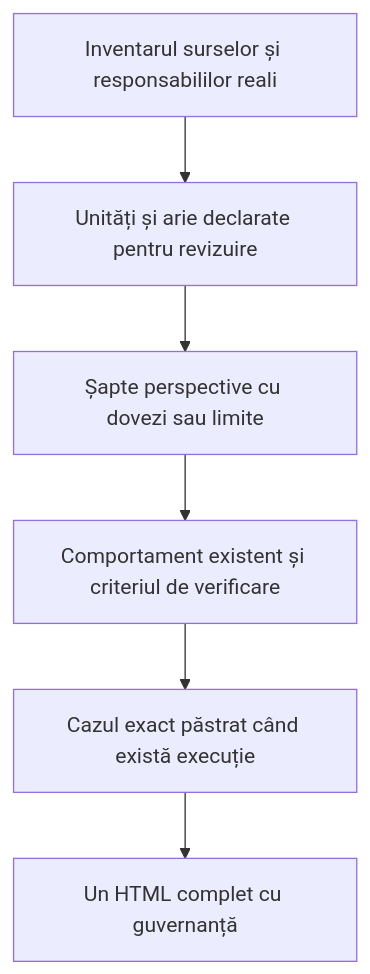
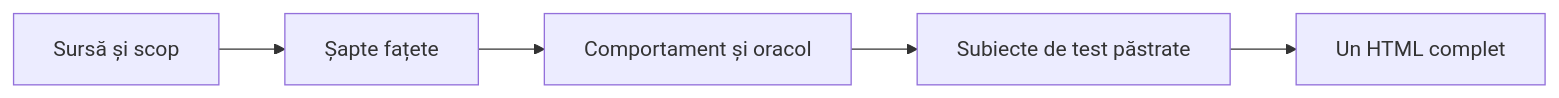
One commit to crististefanita/ATF_AI changed the second of 3 diagrams in atf-atlas/README.md. Above: the diagram before and after it, drawn with Mermaid. The commit also changed other lines of this file and 111 other files, not shown here.

````diff
--- a/atf-atlas/README.md
+++ b/atf-atlas/README.md
@@ -107,8 +99,7 @@
 ```mermaid
-flowchart TB
-    Inventory["Inventarul surselor și responsabililor reali"] --> Units["Unități și arie declarate pentru revizuire"]
-    Units --> Facets["Șapte perspective cu dovezi sau limite"]
-    Facets --> Behavior["Comportament existent și criteriul de verificare"]
-    Behavior --> Cases["Cazul exact păstrat când există execuție"]
-    Cases --> Reader["Un HTML complet cu guvernanță"]
+flowchart LR
+    Inventory["Sursă și scop"] --> Facets["Șapte fațete"]
+    Facets --> Behavior["Comportament și oracol"]
+    Behavior --> Cases["Subiecte de test păstrate"]
+    Cases --> Reader["Un HTML complet"]
 ```
````
